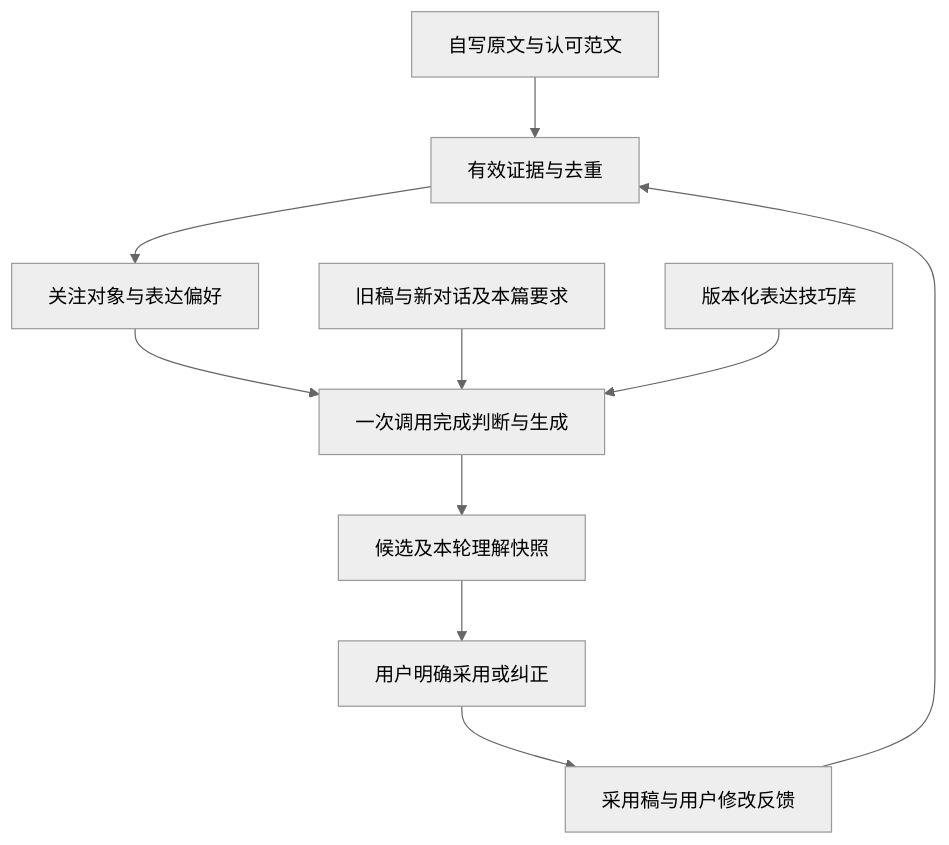
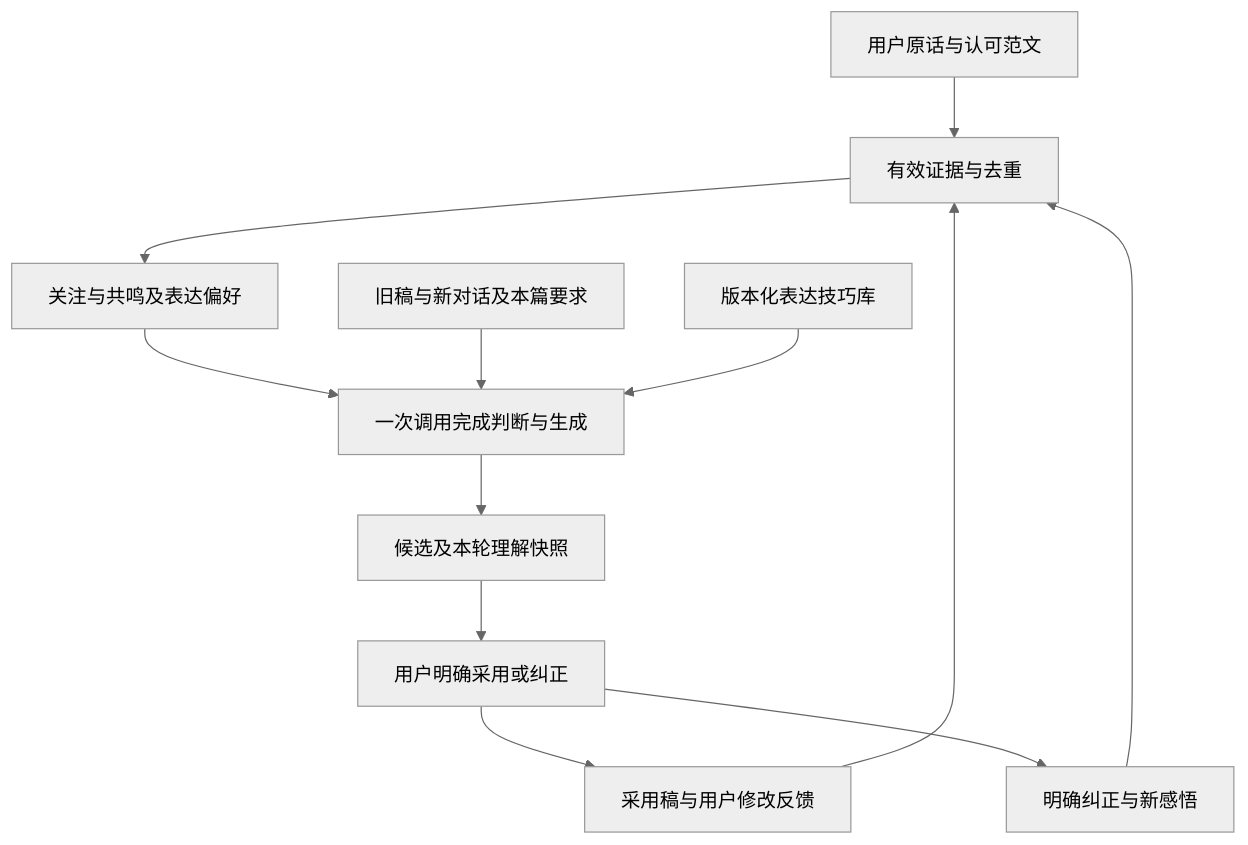
One commit to mountionzeng/Drinking-Time changed the diagram in docs/plans/2026-09-29-001-feat-writing-preference-profile-plan.md. Above: the diagram before and after it, drawn with Mermaid (neutral theme). The commit also changed other lines of this file and 9 other files, not shown here.

````diff
--- a/docs/plans/2026-09-29-001-feat-writing-preference-profile-plan.md
+++ b/docs/plans/2026-09-29-001-feat-writing-preference-profile-plan.md
@@ -114,12 +142,14 @@
 ```mermaid
 flowchart TB
-  A[自写原文与认可范文] --> C[有效证据与去重]
+  A[用户原话与认可范文] --> C[有效证据与去重]
   B[采用稿与用户修改反馈] --> C
-  C --> D[关注对象与表达偏好]
+  J[明确纠正与新感悟] --> C
+  C --> D[关注与共鸣及表达偏好]
   D --> F[一次调用完成判断与生成]
   E[旧稿与新对话及本篇要求] --> F
   G[版本化表达技巧库] --> F
   F --> H[候选及本轮理解快照]
   H --> I[用户明确采用或纠正]
   I --> B
+  I --> J
 ```
````
